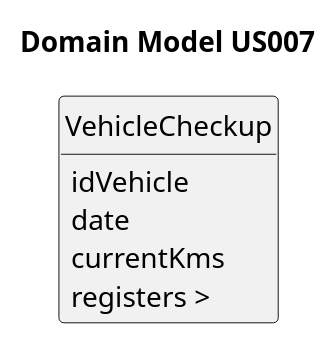
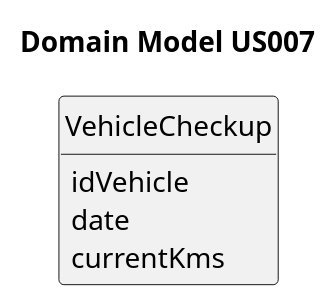
Before and after one commit to RicardoMorim/lapr2-ISEP-Project: the diagram in docs/sprintA/us007/02.analysis/puml/us007-domain-model.puml, drawn with PlantUML.

Commit message:
updated us007

```diff
--- a/docs/sprintA/us007/02.analysis/puml/us007-domain-model.puml
+++ b/docs/sprintA/us007/02.analysis/puml/us007-domain-model.puml
@@ -1,20 +1,19 @@
 @startuml
 skinparam monochrome true
 skinparam packageStyle rectangle
 skinparam shadowing false
 
 skinparam classAttributeIconSize 0
 
 hide circle
 hide methods
 
 title Domain Model US007
 
 class VehicleCheckup {
     idVehicle
     date
     currentKms
 }
 
-VehicleCheckup : registers >
 @enduml
```
